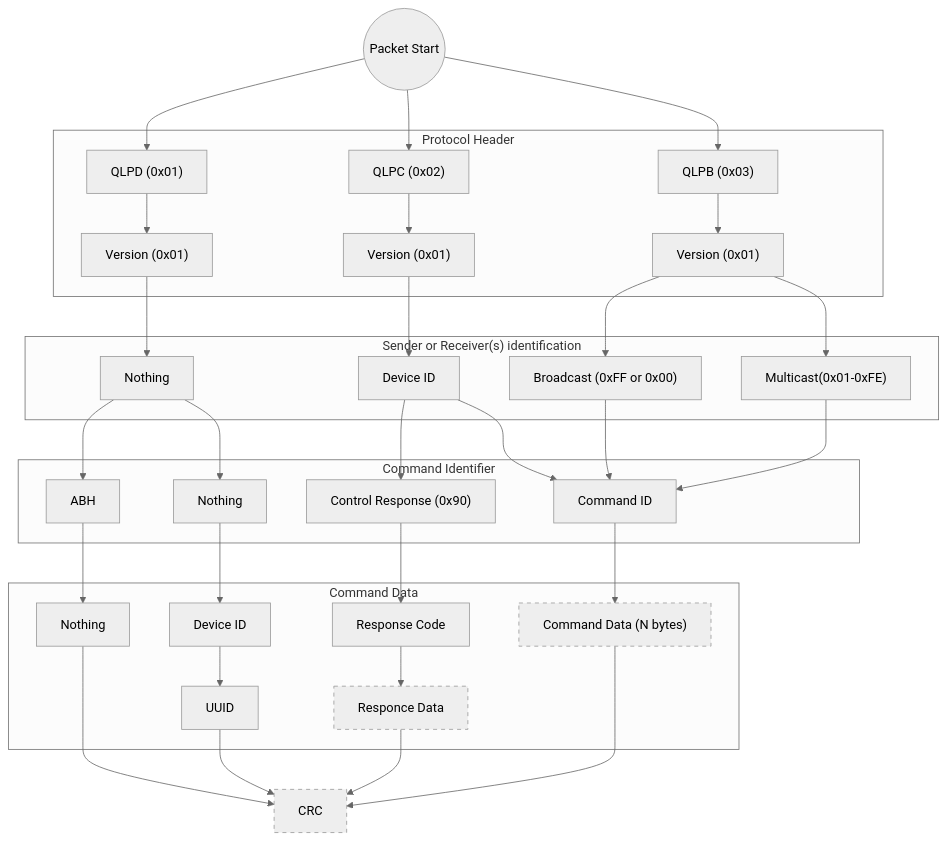
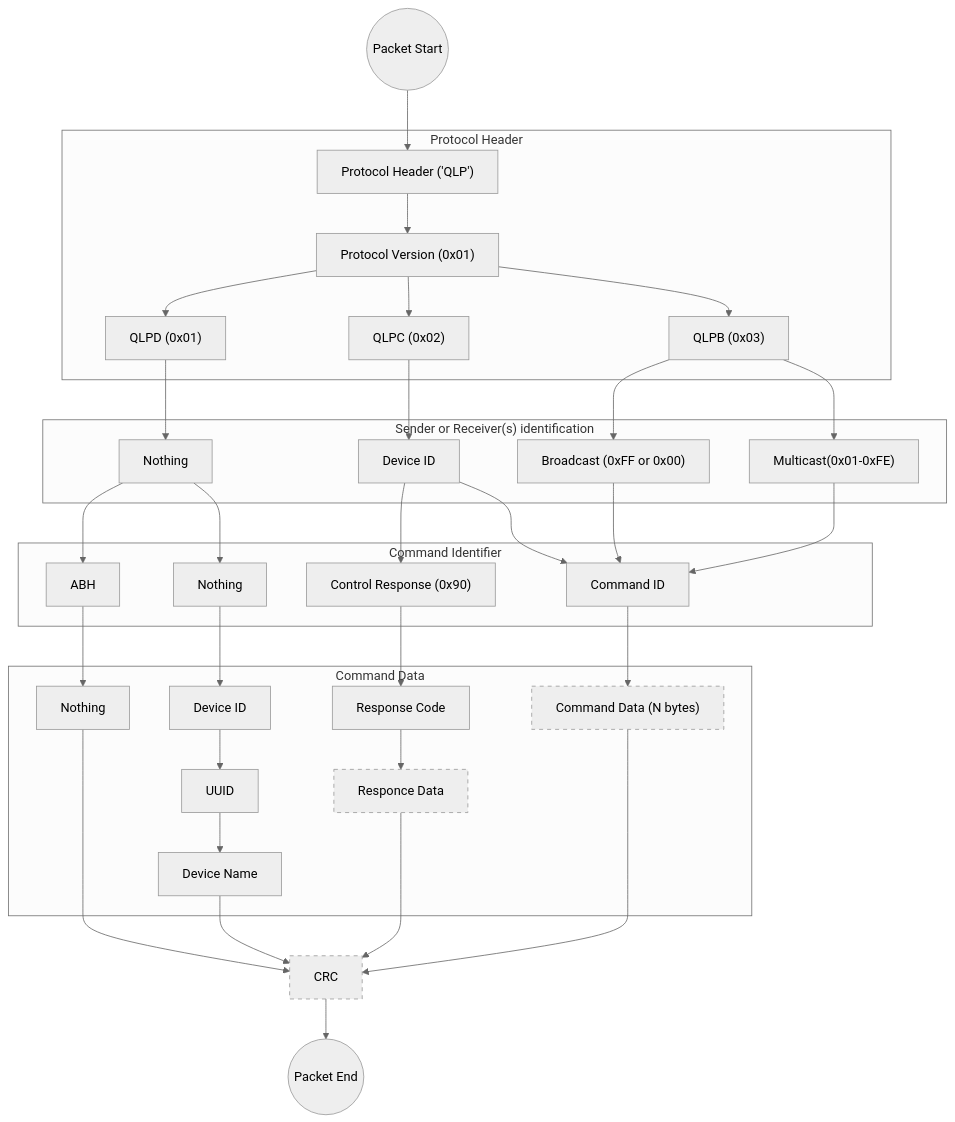
Before and after one commit to Quantum-0/qlsc: the seventh of 7 diagrams in protocol.md, drawn with Mermaid (neutral theme).

````diff
--- a/protocol.md
+++ b/protocol.md
@@ -163,66 +163,63 @@
 ```mermaid
 flowchart  TD
 
 PS((Packet Start))
-PS --> H1
-PS --> H2
-PS --> H3
+PS --> HDR
+CRC --> PE
+PE((Packet End))
 
 subgraph Protocol Header
+HDR["Protocol Header ('QLP')"]
+HDR --> PV
+PV["Protocol Version (0x01)"]
+PV --> H1
+PV --> H2
+PV --> H3
 H1["QLPD (0x01)"]
 H2["QLPC (0x02)"]
 H3["QLPB (0x03)"]
-H1 --> PV1
-H2 --> PV2
-H3 --> PV3
-PV1["Version (0x01)"]
-PV2["Version (0x01)"]
-PV3["Version (0x01)"]
 end
 
-NSR --> ABH
-NSR --> IAH
-IAH--> CI[Device ID] --> DI1[UUID]
-PV1 --> NSR[Nothing]
-ABH --> NCD[Nothing]
-NCD --> CRC
-DI1 --> CRC
+H1 --> NSR[Nothing]
+NSR --> ABH --> NCD[Nothing] --> CRC
+NSR --> IAH --> CI[Device ID] --> DI1[UUID] --> DN[Device Name] --> CRC
 
-PV2 --> DI2[Device ID] --> CID[Command ID]
+H2 --> DI2[Device ID] --> CID[Command ID]
 
-PV3 --> BC["Broadcast (0xFF or 0x00)"] --> CID
-PV3 --> MC["Multicast(0x01-0xFE)"] --> CID
+H3 --> BC["Broadcast (0xFF or 0x00)"] --> CID
+H3 --> MC["Multicast(0x01-0xFE)"] --> CID
 
 DI2[Device ID] --> CR["Control Response (0x90)"]
 
 CR --> RC[Response Code] --> RD[Responce Data] --> CRC
 CID --> CD["Command Data (N bytes)"] --> CRC
 
 
 subgraph "Sender or Receiver(s) identification"
 NSR
 DI2
 BC
 MC
 end
 
 subgraph "Command Identifier"
 CID
 CR
 ABH
 IAH[Nothing]
 end
 
 subgraph "Command Data"
 RC
 RD
 CI
 CD
 DI1
 NCD
+DN
 end
 
 style RD stroke-dasharray: 5 5
 style CD stroke-dasharray: 5 5
 style CRC stroke-dasharray: 5 5
 ```
````
